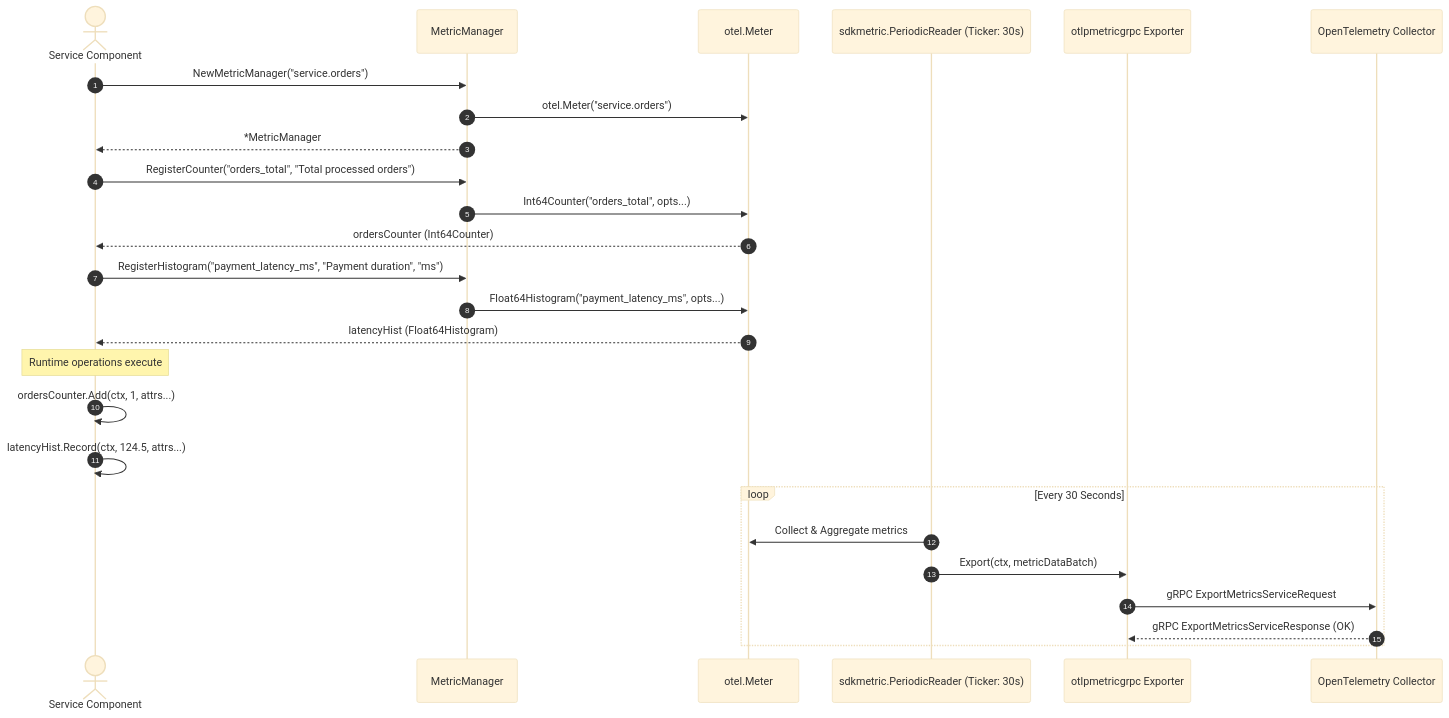
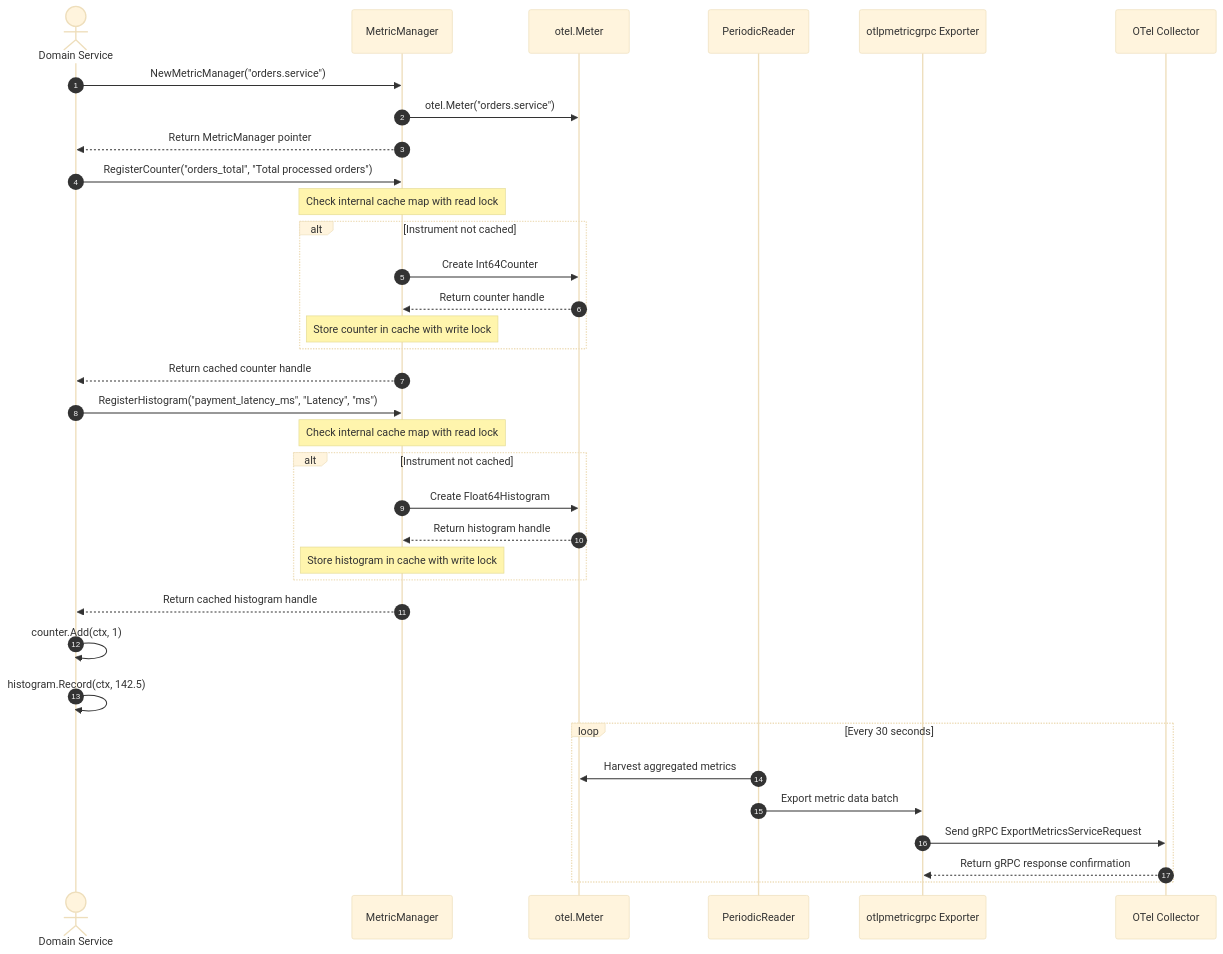
One commit to Jkenyut/nvx-go-telemetry changed the fourth of 5 diagrams in docs/architecture/sequences.md. Above: the diagram before and after it, drawn with Mermaid (base theme). The commit also changed other lines of this file and 14 other files, not shown here.

````diff
--- a/docs/architecture/sequences.md
+++ b/docs/architecture/sequences.md
@@ -177,33 +198,44 @@
 ```mermaid
 sequenceDiagram
     autonumber
-    actor Service as Service Component
+    actor Service as Domain Service
     participant MM as MetricManager
     participant Meter as otel.Meter
-    participant PeriodicReader as sdkmetric.PeriodicReader (Ticker: 30s)
+    participant PR as PeriodicReader
     participant Exporter as otlpmetricgrpc Exporter
-    participant Collector as OpenTelemetry Collector
+    participant Collector as OTel Collector
 
-    Service->>MM: NewMetricManager("service.orders")
-    MM->>Meter: otel.Meter("service.orders")
-    MM-->>Service: *MetricManager
+    Service->>MM: NewMetricManager("orders.service")
+    MM->>Meter: otel.Meter("orders.service")
+    MM-->>Service: Return MetricManager pointer
 
     Service->>MM: RegisterCounter("orders_total", "Total processed orders")
-    MM->>Meter: Int64Counter("orders_total", opts...)
-    Meter-->>Service: ordersCounter (Int64Counter)
+    Note over MM: Check internal cache map with read lock
 
-    Service->>MM: RegisterHistogram("payment_latency_ms", "Payment duration", "ms")
-    MM->>Meter: Float64Histogram("payment_latency_ms", opts...)
-    Meter-->>Service: latencyHist (Float64Histogram)
+    alt Instrument not cached
+        MM->>Meter: Create Int64Counter
+        Meter-->>MM: Return counter handle
+        Note over MM: Store counter in cache with write lock
+    end
+    MM-->>Service: Return cached counter handle
 
-    Note over Service: Runtime operations execute
-    Service->>Service: ordersCounter.Add(ctx, 1, attrs...)
-    Service->>Service: latencyHist.Record(ctx, 124.5, attrs...)
+    Service->>MM: RegisterHistogram("payment_latency_ms", "Latency", "ms")
+    Note over MM: Check internal cache map with read lock
 
-    loop Every 30 Seconds
-        PeriodicReader->>Meter: Collect & Aggregate metrics
-        PeriodicReader->>Exporter: Export(ctx, metricDataBatch)
-        Exporter->>Collector: gRPC ExportMetricsServiceRequest
-        Collector-->>Exporter: gRPC ExportMetricsServiceResponse (OK)
+    alt Instrument not cached
+        MM->>Meter: Create Float64Histogram
+        Meter-->>MM: Return histogram handle
+        Note over MM: Store histogram in cache with write lock
+    end
+    MM-->>Service: Return cached histogram handle
+
+    Service->>Service: counter.Add(ctx, 1)
+    Service->>Service: histogram.Record(ctx, 142.5)
+
+    loop Every 30 seconds
+        PR->>Meter: Harvest aggregated metrics
+        PR->>Exporter: Export metric data batch
+        Exporter->>Collector: Send gRPC ExportMetricsServiceRequest
+        Collector-->>Exporter: Return gRPC response confirmation
     end
 ```
````
